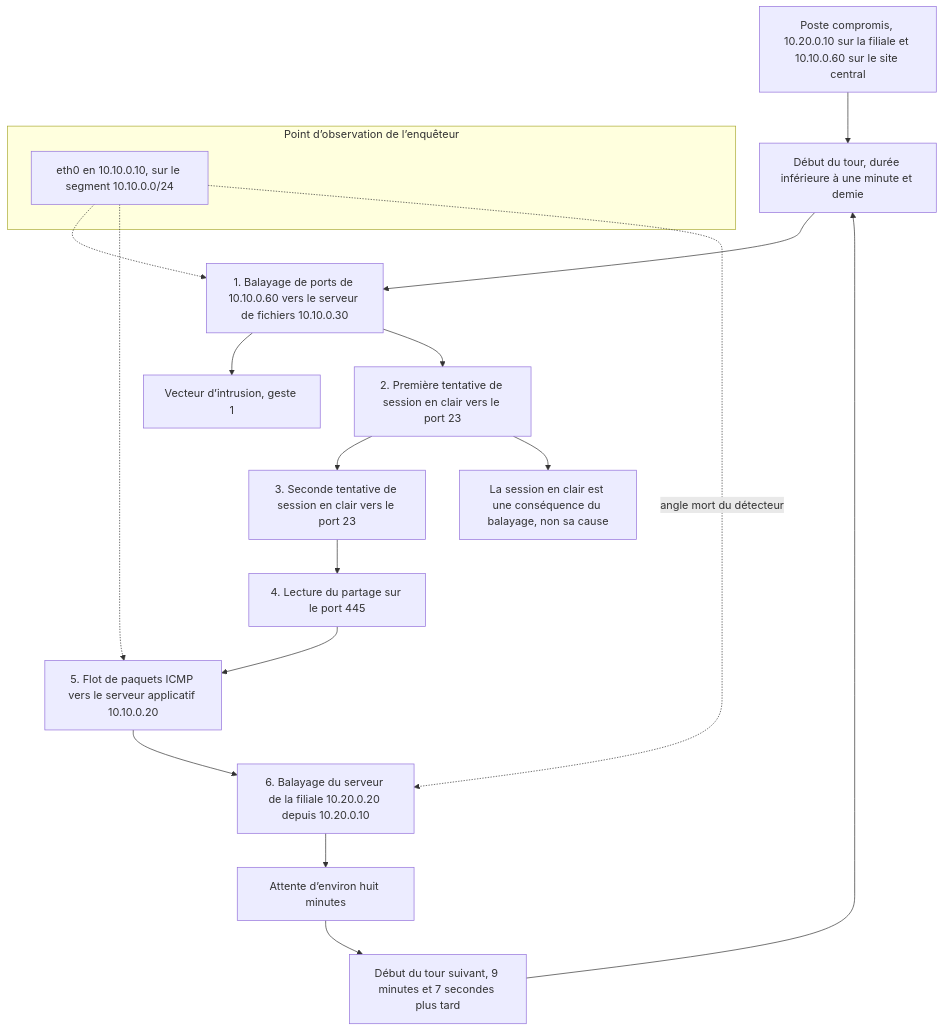
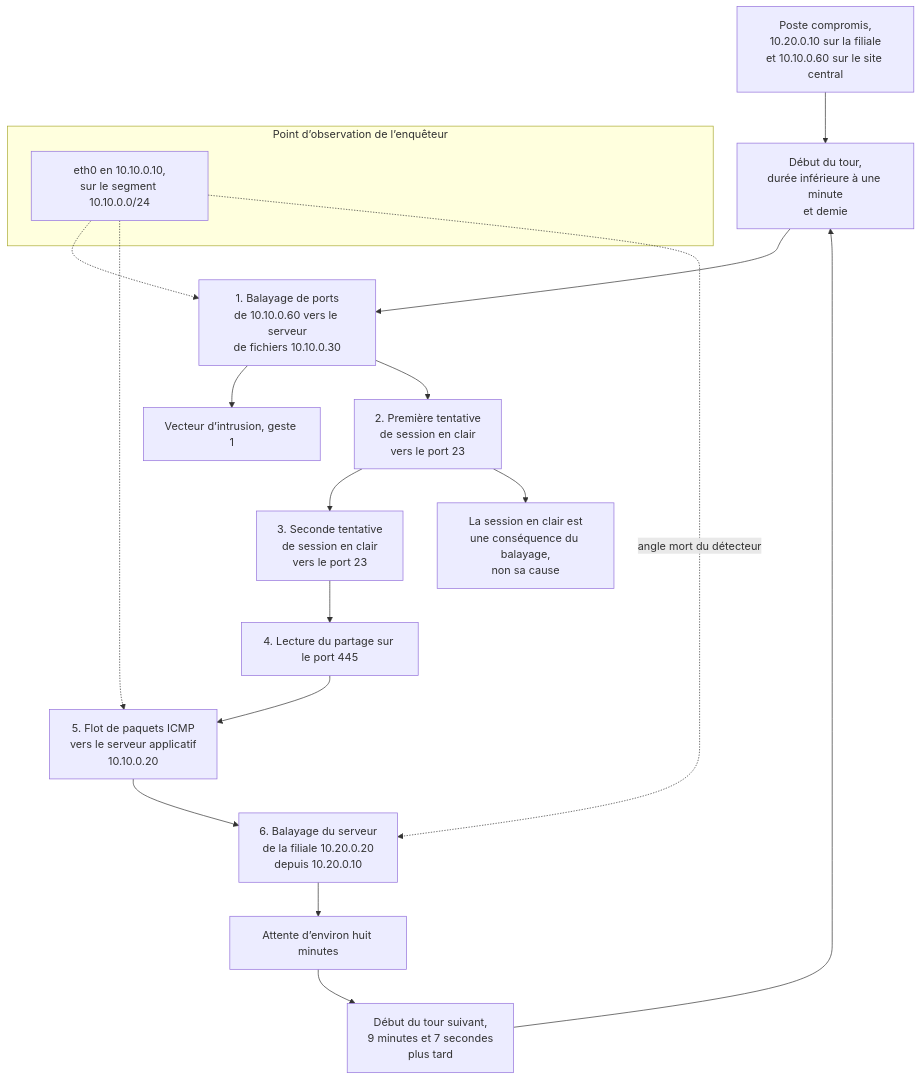
One commit to yugmerabtene/forensique-reseau-public changed the first of 4 diagrams in jour-3.md. Above: the diagram before and after it, drawn with Mermaid. The commit also changed other lines of this file and 2 other files, not shown here.

Commit message:
Generation: rend les schemas lisibles et documente le demarrage du laboratoire

````diff
--- a/jour-3.md
+++ b/jour-3.md
@@ -251,23 +251,23 @@
 ```mermaid
 flowchart TD
-  CP["Poste compromis, 10.20.0.10 sur la filiale et 10.10.0.60 sur le site central"]
-  T["Début du tour, durée inférieure à une minute et demie"]
+  CP["Poste compromis,<br/>10.20.0.10 sur la filiale<br/>et 10.10.0.60 sur le site central"]
+  T["Début du tour,<br/>durée inférieure à une minute<br/>et demie"]
   CP --> T
-  T --> G1["1. Balayage de ports de 10.10.0.60 vers le serveur de fichiers 10.10.0.30"]
+  T --> G1["1. Balayage de ports<br/>de 10.10.0.60 vers le serveur<br/>de fichiers 10.10.0.30"]
   G1 --> V["Vecteur d’intrusion, geste 1"]
-  G1 --> G2["2. Première tentative de session en clair vers le port 23"]
-  G2 --> G3["3. Seconde tentative de session en clair vers le port 23"]
+  G1 --> G2["2. Première tentative<br/>de session en clair<br/>vers le port 23"]
+  G2 --> G3["3. Seconde tentative<br/>de session en clair<br/>vers le port 23"]
   G3 --> G4["4. Lecture du partage sur le port 445"]
-  G4 --> G5["5. Flot de paquets ICMP vers le serveur applicatif 10.10.0.20"]
-  G5 --> G6["6. Balayage du serveur de la filiale 10.20.0.20 depuis 10.20.0.10"]
+  G4 --> G5["5. Flot de paquets ICMP<br/>vers le serveur applicatif<br/>10.10.0.20"]
+  G5 --> G6["6. Balayage du serveur<br/>de la filiale 10.20.0.20<br/>depuis 10.20.0.10"]
   G6 --> W["Attente d’environ huit minutes"]
-  W --> T2["Début du tour suivant, 9 minutes et 7 secondes plus tard"]
+  W --> T2["Début du tour suivant,<br/>9 minutes et 7 secondes<br/>plus tard"]
   T2 --> T
-  G2 --> NC["La session en clair est une conséquence du balayage, non sa cause"]
+  G2 --> NC["La session en clair est<br/>une conséquence du balayage,<br/>non sa cause"]
   subgraph OBS["Point d’observation de l’enquêteur"]
-    E["eth0 en 10.10.0.10, sur le segment 10.10.0.0/24"]
+    E["eth0 en 10.10.0.10,<br/>sur le segment 10.10.0.0/24"]
   end
   E -.-> G1
   E -.-> G5
   E -.->|"angle mort du détecteur"| G6
 ```
````
